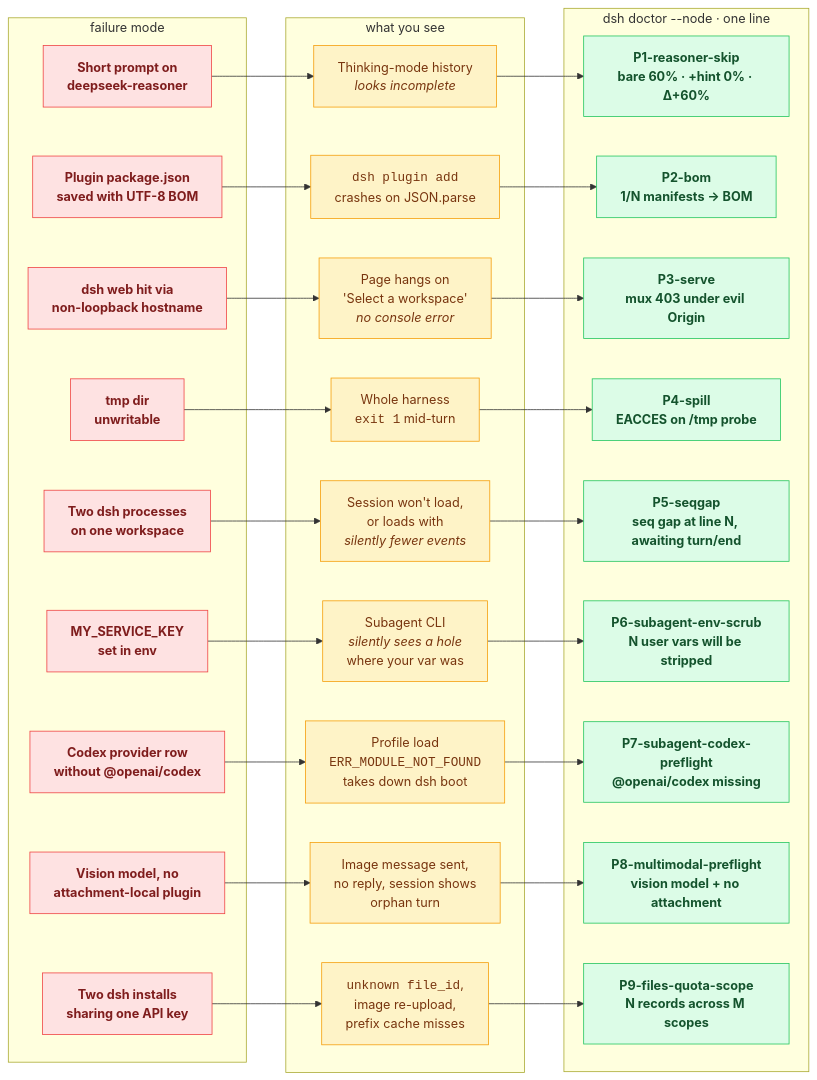
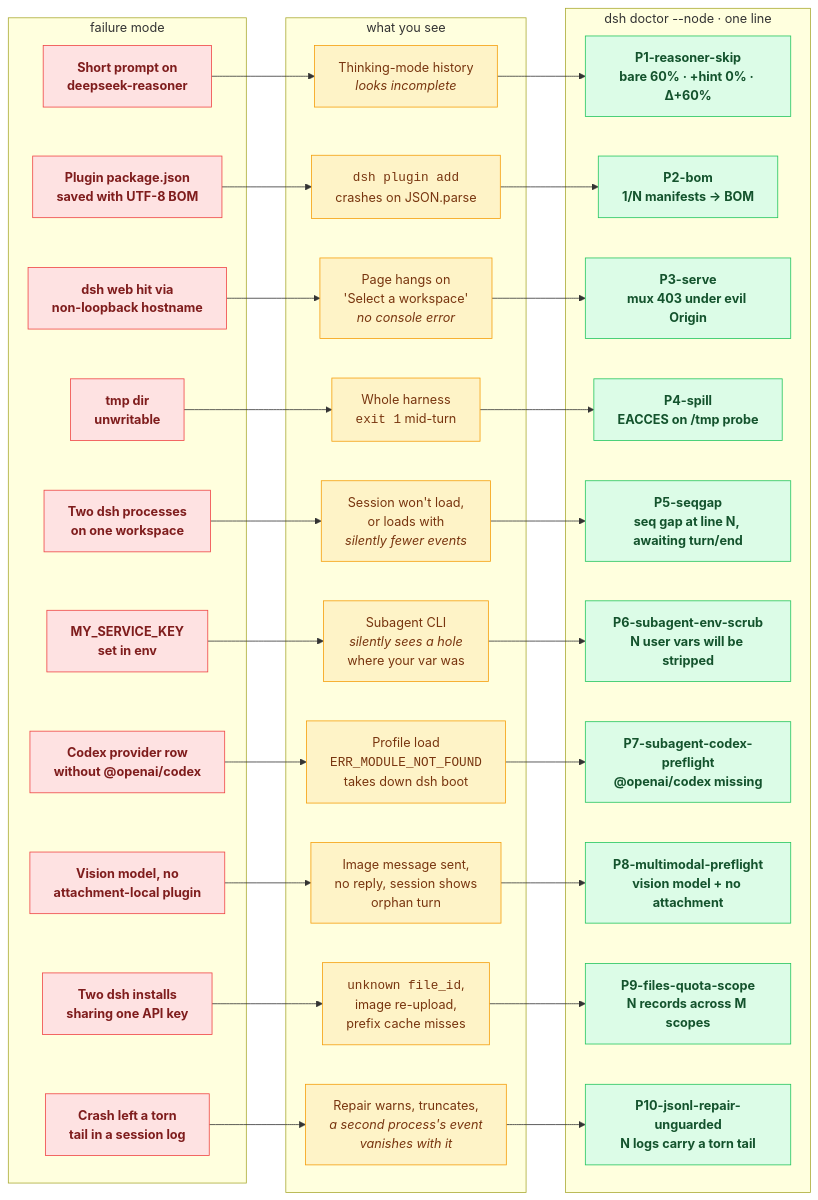
Before and after one commit to HenryZ838978/deepseek-harness: the first of 7 diagrams in README.md, drawn with Mermaid. The commit also changed other lines of this file and 1 other file, not shown here.

Commit message:
docs(readme): P10 in the badge, the flow chart, and the probe table
P10-jsonl-repair-unguarded shipped in cli 0.5.0 but the README still said
nine probes in four places: the doctor badge, the prose count, the mermaid
failure-mode chart, and the table. Both locales.

````diff
--- a/README.md
+++ b/README.md
@@ -54,6 +54,7 @@
     F7["Codex provider row<br/>without @openai/codex"]:::fail
     F8["Vision model, no<br/>attachment-local plugin"]:::fail
     F9["Two dsh installs<br/>sharing one API key"]:::fail
+    F10["Crash left a torn<br/>tail in a session log"]:::fail
 
     S1["Thinking-mode history<br/><i>looks incomplete</i>"]:::sym
     S2["<code>dsh plugin add</code><br/>crashes on JSON.parse"]:::sym
@@ -64,6 +65,7 @@
     S7["Profile load<br/><code>ERR_MODULE_NOT_FOUND</code><br/>takes down dsh boot"]:::sym
     S8["Image message sent,<br/>no reply, session shows<br/>orphan turn"]:::sym
     S9["<code>unknown file_id</code>,<br/>image re-upload,<br/>prefix cache misses"]:::sym
+    S10["Repair warns, truncates,<br/><i>a second process's event<br/>vanishes with it</i>"]:::sym
 
     D1["<b>P1-reasoner-skip</b><br/>bare 60% · +hint 0% · Δ+60%"]:::fix
     D2["<b>P2-bom</b><br/>1/N manifests → BOM"]:::fix
@@ -74,6 +76,7 @@
     D7["<b>P7-subagent-codex-preflight</b><br/>@openai/codex missing"]:::fix
     D8["<b>P8-multimodal-preflight</b><br/>vision model + no attachment"]:::fix
     D9["<b>P9-files-quota-scope</b><br/>N records across M scopes"]:::fix
+    D10["<b>P10-jsonl-repair-unguarded</b><br/>N logs carry a torn tail"]:::fix
 
     F1 --> S1 --> D1
     F2 --> S2 --> D2
@@ -84,6 +87,7 @@
     F7 --> S7 --> D7
     F8 --> S8 --> D8
     F9 --> S9 --> D9
+    F10 --> S10 --> D10
 
     subgraph L1["failure mode"]
       F1
@@ -95,6 +99,7 @@
       F7
       F8
       F9
+      F10
     end
     subgraph L2["what you see"]
       S1
@@ -106,6 +111,7 @@
       S7
       S8
       S9
+      S10
     end
     subgraph L3["dsh doctor --node · one line"]
       D1
@@ -117,5 +123,6 @@
       D7
       D8
       D9
+      D10
     end
 ```
````
